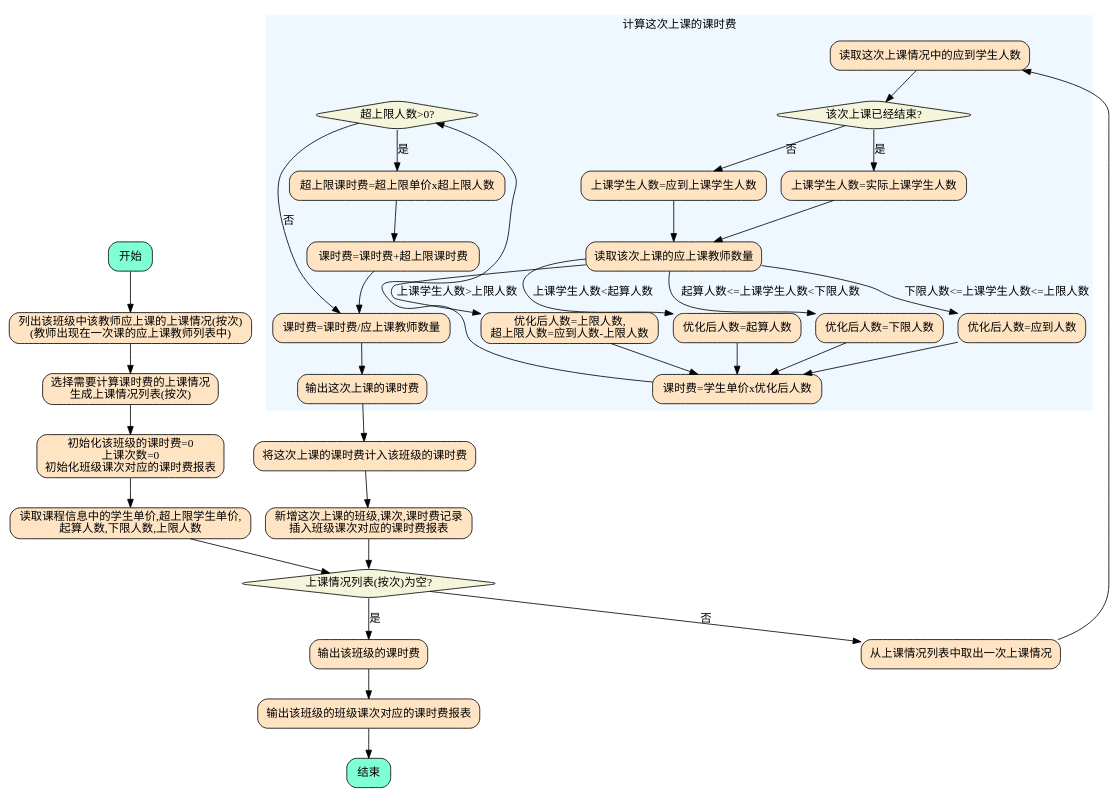
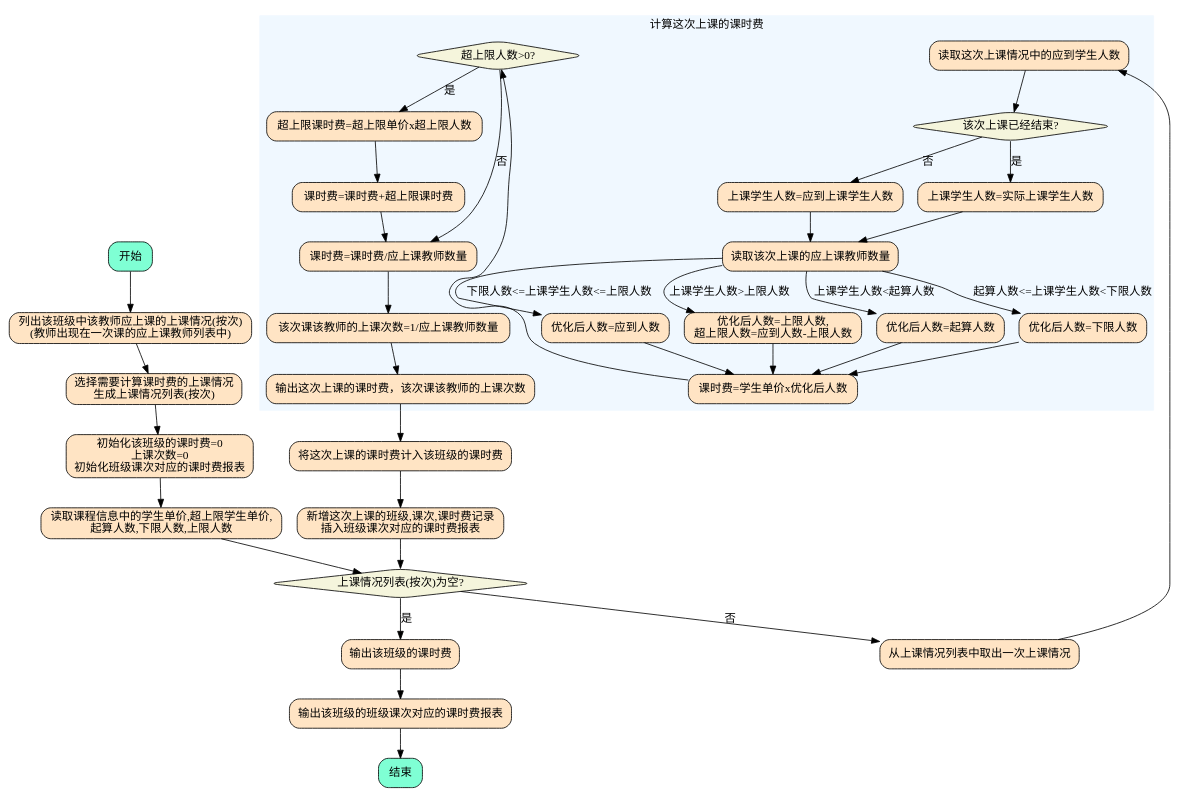
The diagram in hr/pay/pay-for-class/svg/02.dot (diandian888/mx-requirements), drawn with Graphviz before and after one commit. The commit also changed 2 other files, not shown here.

```diff
--- a/hr/pay/pay-for-class/svg/02.dot
+++ b/hr/pay/pay-for-class/svg/02.dot
@@ -1,81 +1,82 @@
 digraph {
     node [shape="box", style="rounded,filled", fillcolor="aquamarine"]
         start[label="开始"];
         end[label="结束"];
 
     node [shape="box", style="rounded,filled", fillcolor="bisque"]
         s1[label="列出该班级中该教师应上课的上课情况(按次)\n(教师出现在一次课的应上课教师列表中)"];
         s2[label="选择需要计算课时费的上课情况\n生成上课情况列表(按次)"];
         s3[label="初始化该班级的课时费=0\n上课次数=0\n初始化班级课次对应的课时费报表"];
         s4[label="读取课程信息中的学生单价,超上限学生单价,\n起算人数,下限人数,上限人数"];
         s_c1_y1[label="输出该班级的课时费"];
         s_c1_y2[label="输出该班级的班级课次对应的课时费报表"];
         s_c1_n1[label="从上课情况列表中取出一次上课情况"];
         s_c1_n2[label="将这次上课的课时费计入该班级的课时费"];
         s_c1_n3[label="新增这次上课的班级,课次,课时费记录\n插入班级课次对应的课时费报表"];
     
     node [shape="diamond", style="rounded,filled", fillcolor="beige"]
         c1[label="上课情况列表(按次)为空?"];
 
     subgraph cluster1 {
         label="计算这次上课的课时费";
         style="filled";
         color="aliceblue";
 
         node [shape="box", style="rounded,filled", fillcolor="bisque"]
             sub1_s1[label="读取这次上课情况中的应到学生人数"];
             sub1_s2[label="读取该次上课的应上课教师数量"];
             sub1_s3_a[label="优化后人数=起算人数"];
             sub1_s3_b[label="优化后人数=下限人数"];
             sub1_s3_c[label="优化后人数=应到人数"];
             sub1_s3_d[label="优化后人数=上限人数,\n超上限人数=应到人数-上限人数"];
             sub1_s4[label="课时费=学生单价x优化后人数"];
             sub1_c2_y1[label="超上限课时费=超上限单价x超上限人数"];
             sub1_c2_y2[label="课时费=课时费+超上限课时费"];
             sub1_s5[label="课时费=课时费/应上课教师数量"];
-            sub1_s6[label="输出这次上课的课时费"];
+            sub1_s6[label="该次课该教师的上课次数=1/应上课教师数量"];
+            sub1_s7[label="输出这次上课的课时费，该次课该教师的上课次数"];
             sub1_c1_y1[label="上课学生人数=实际上课学生人数"];
             sub1_c1_n1[label="上课学生人数=应到上课学生人数"];
         
         node [shape="diamond", style="rounded,filled", fillcolor="beige"]
             sub1_c1[label="该次上课已经结束?"];
             sub1_c2[label="超上限人数>0?"];
 
         sub1_s1 -> sub1_c1;
 
         sub1_c1 -> sub1_c1_y1[label="是"];
         sub1_c1 -> sub1_c1_n1[label="否"];
 
         sub1_c1_y1 -> sub1_s2;
         sub1_c1_n1 -> sub1_s2;
 
         sub1_s2 -> sub1_s3_a[label="上课学生人数<起算人数"];
         sub1_s2 -> sub1_s3_b[label="起算人数<=上课学生人数<下限人数"];
         sub1_s2 -> sub1_s3_c[label="下限人数<=上课学生人数<=上限人数"];
         sub1_s2 -> sub1_s3_d[label="上课学生人数>上限人数"];
         sub1_s3_a -> sub1_s4;
         sub1_s3_b -> sub1_s4;
         sub1_s3_c -> sub1_s4;
         sub1_s3_d -> sub1_s4;
 
         sub1_s4 -> sub1_c2;
         sub1_c2 -> sub1_c2_y1[label="是"];
         sub1_c2 -> sub1_s5[label="否"];
 
         sub1_c2_y1 -> sub1_c2_y2 -> sub1_s5
-        sub1_s5 -> sub1_s6;
+        sub1_s5 -> sub1_s6 -> sub1_s7;
 
         {rank=same sub1_s3_a sub1_s3_b sub1_s3_c sub1_s3_d}
         {rank=max sub1_s4}
     }
     start -> s1 -> s2 -> s3 -> s4 -> c1;
 
     c1 -> s_c1_y1[label="是"];
     c1 -> s_c1_n1[label="否"];
 
     s_c1_y1 -> s_c1_y2 -> end;
     s_c1_n1 -> sub1_s1;
 
-    sub1_s6 -> s_c1_n2;
+    sub1_s7 -> s_c1_n2;
     s_c1_n2 -> s_c1_n3 -> c1; 
 }
```
